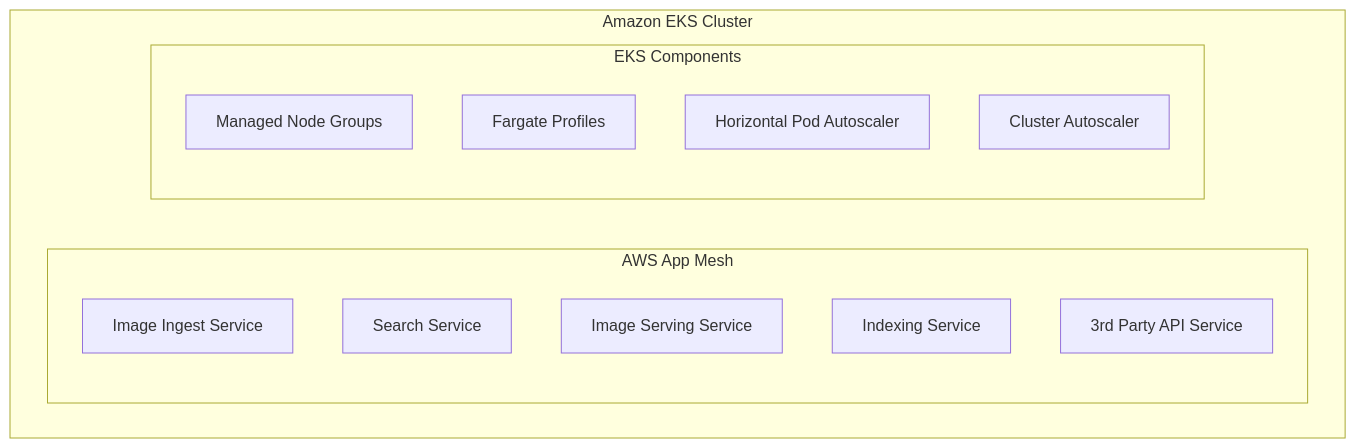
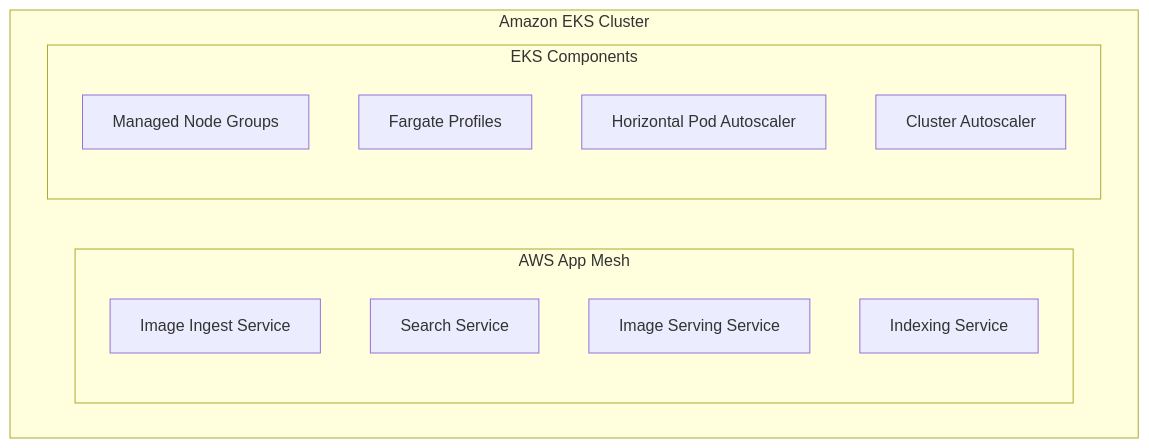
One commit to thezeeshanasghar/sandu changed the diagram in services/3.microservices.md. Above: the diagram before and after it, drawn with Mermaid. The commit also changed other lines of this file and 2 other files, not shown here.

Commit message:
remove apigateway

````diff
--- a/services/3.microservices.md
+++ b/services/3.microservices.md
@@ -1,19 +1,18 @@
 ```mermaid
 flowchart TD
     subgraph EKSCluster["Amazon EKS Cluster"]
         subgraph ServiceMesh["AWS App Mesh"]
             ImageIngest["Image Ingest Service"]
             SearchService["Search Service"]
             ImageServing["Image Serving Service"]
             IndexingService["Indexing Service"]
-            APIService["3rd Party API Service"]
         end
         
         subgraph EKSComponents["EKS Components"]
             NodeGroups["Managed Node Groups"]
             FargateProfiles["Fargate Profiles"]
             HPA["Horizontal Pod Autoscaler"]
             CA["Cluster Autoscaler"]
         end
     end
 ```
````
